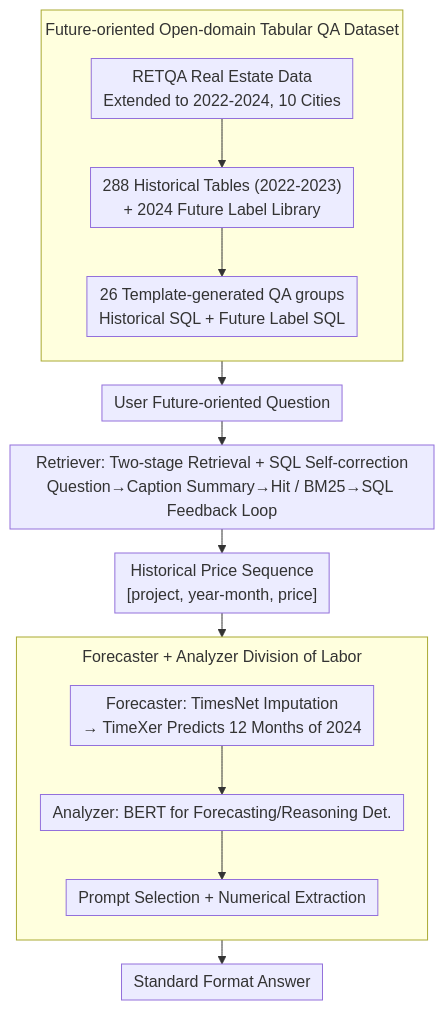
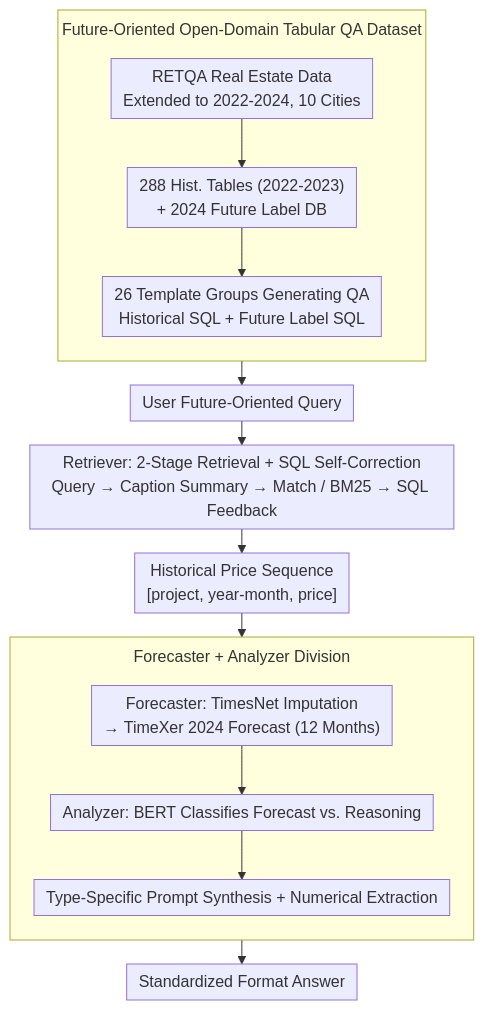
The diagram in docs/ACL2026/time_series/odtqa-fore_an_open-domain_tabular_question_answering_dataset_for_future_data_for.md (zhaoyang97/Paper-Notes-en), drawn with Mermaid before and after one commit. The commit also changed other lines of this file and 5084 other files, not shown here.

````diff
--- a/docs/ACL2026/time_series/odtqa-fore_an_open-domain_tabular_question_answering_dataset_for_future_data_for.md
+++ b/docs/ACL2026/time_series/odtqa-fore_an_open-domain_tabular_question_answering_dataset_for_future_data_for.md
@@ -54,20 +54,20 @@
 ```mermaid
 %%{init: {'flowchart': {'rankSpacing': 24, 'nodeSpacing': 28, 'padding': 6, 'wrappingWidth': 400, 'subGraphTitleMargin': {'top': 8, 'bottom': 16}}}}%%
 flowchart TD
-    subgraph DATA["Future-oriented Open-domain Tabular QA Dataset"]
+    subgraph DATA["Future-Oriented Open-Domain Tabular QA Dataset"]
         direction TB
-        D1["RETQA Real Estate Data<br/>Extended to 2022-2024, 10 Cities"] --> D2["288 Historical Tables (2022-2023)<br/>+ 2024 Future Label Library"]
-        D2 --> D3["26 Template-generated QA groups<br/>Historical SQL + Future Label SQL"]
+        D1["RETQA Real Estate Data<br/>Extended to 2022-2024, 10 Cities"] --> D2["288 Hist. Tables (2022-2023)<br/>+ 2024 Future Label DB"]
+        D2 --> D3["26 Template Groups Generating QA<br/>Historical SQL + Future Label SQL"]
     end
-    DATA --> Q["User Future-oriented Question"]
-    Q --> R["Retriever: Two-stage Retrieval + SQL Self-correction<br/>Question→Caption Summary→Hit / BM25→SQL Feedback Loop"]
+    DATA --> Q["User Future-Oriented Query"]
+    Q --> R["Retriever: 2-Stage Retrieval + SQL Self-Correction<br/>Query → Caption Summary → Match / BM25 → SQL Feedback"]
     R --> H["Historical Price Sequence<br/>[project, year-month, price]"]
-    subgraph FA["Forecaster + Analyzer Division of Labor"]
+    subgraph FA["Forecaster + Analyzer Division"]
         direction TB
-        F["Forecaster: TimesNet Imputation<br/>→ TimeXer Predicts 12 Months of 2024"]
-        F --> A1["Analyzer: BERT for Forecasting/Reasoning Det."]
-        A1 --> A2["Prompt Selection + Numerical Extraction"]
+        F["Forecaster: TimesNet Imputation<br/>→ TimeXer 2024 Forecast (12 Months)"]
+        F --> A1["Analyzer: BERT Classifies Forecast vs. Reasoning"]
+        A1 --> A2["Type-Specific Prompt Synthesis + Numerical Extraction"]
     end
     H --> FA
-    FA --> OUT["Standard Format Answer"]
+    FA --> OUT["Standardized Format Answer"]
 ```
````
